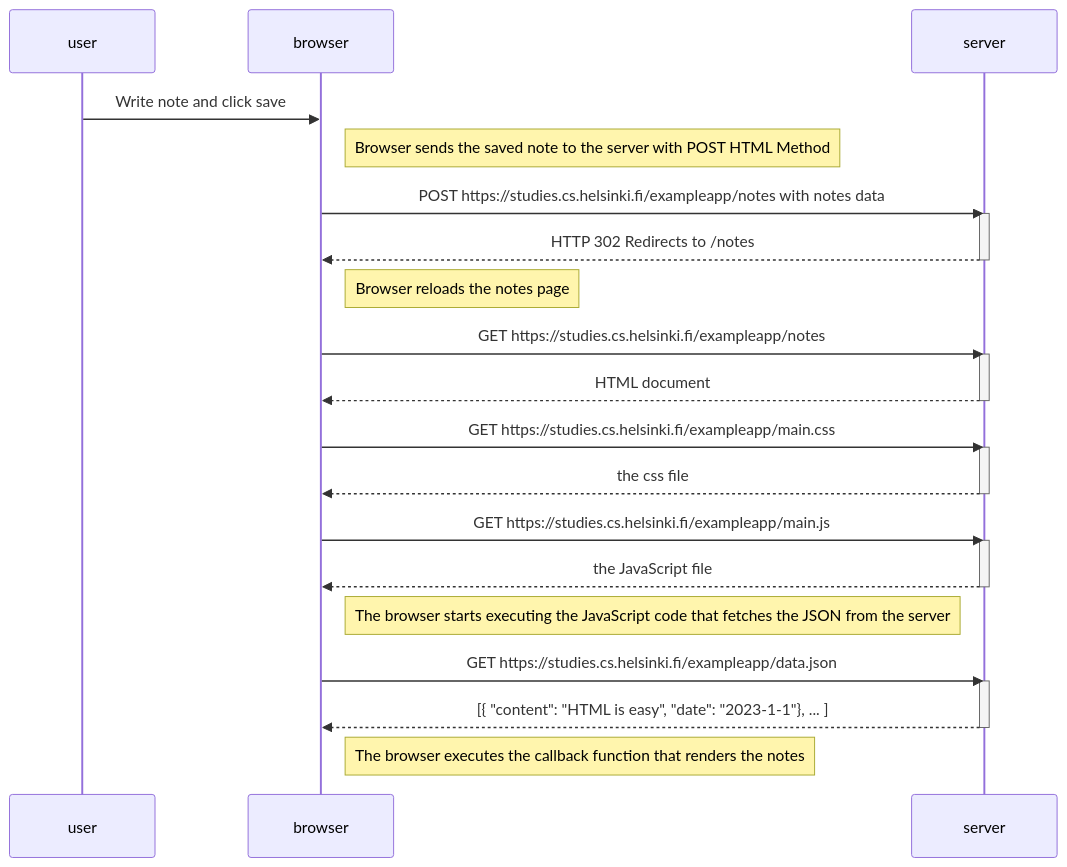
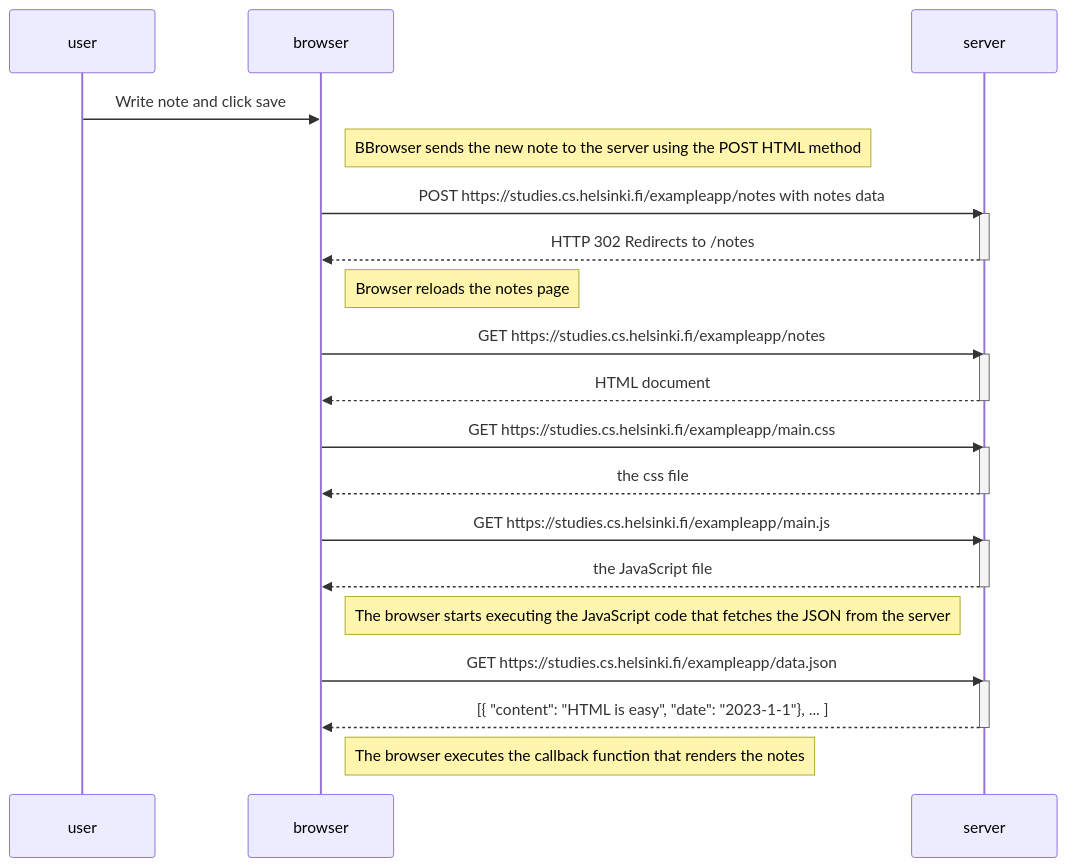
One commit to ST-KO/fullstackopen changed the diagram in part0/0.4.md. Above: the diagram before and after it, drawn with Mermaid. The commit also changed 1 other file, not shown here.

Commit message:
assignment 0.6

````diff
--- a/part0/0.4.md
+++ b/part0/0.4.md
@@ -1,41 +1,41 @@
 ```mermaid
 sequenceDiagram
     participant user
     participant browser
     participant server
 
     user->>browser: Write note and click save
 
-    Note right of browser: Browser sends the saved note to the server with POST  HTML Method
+    Note right of browser: BBrowser sends the new note to the server using the POST  HTML method
 
     browser->>server: POST https://studies.cs.helsinki.fi/exampleapp/notes with notes data
     activate server
     server-->>browser: HTTP 302 Redirects to /notes
     deactivate server
 
     Note right of browser: Browser reloads the notes page
 
     browser->>server: GET https://studies.cs.helsinki.fi/exampleapp/notes
     activate server
     server-->>browser: HTML document
     deactivate server
 
     browser->>server: GET https://studies.cs.helsinki.fi/exampleapp/main.css
     activate server
     server-->>browser: the css file
     deactivate server
 
     browser->>server: GET https://studies.cs.helsinki.fi/exampleapp/main.js
     activate server
     server-->>browser: the JavaScript file
     deactivate server
 
     Note right of browser: The browser starts executing the JavaScript code that fetches the JSON from the server
 
     browser->>server: GET https://studies.cs.helsinki.fi/exampleapp/data.json
     activate server
     server-->>browser: [{ "content": "HTML is easy", "date": "2023-1-1"}, ... ]
     deactivate server
 
     Note right of browser: The browser executes the callback function that renders the notes
 ```
````
